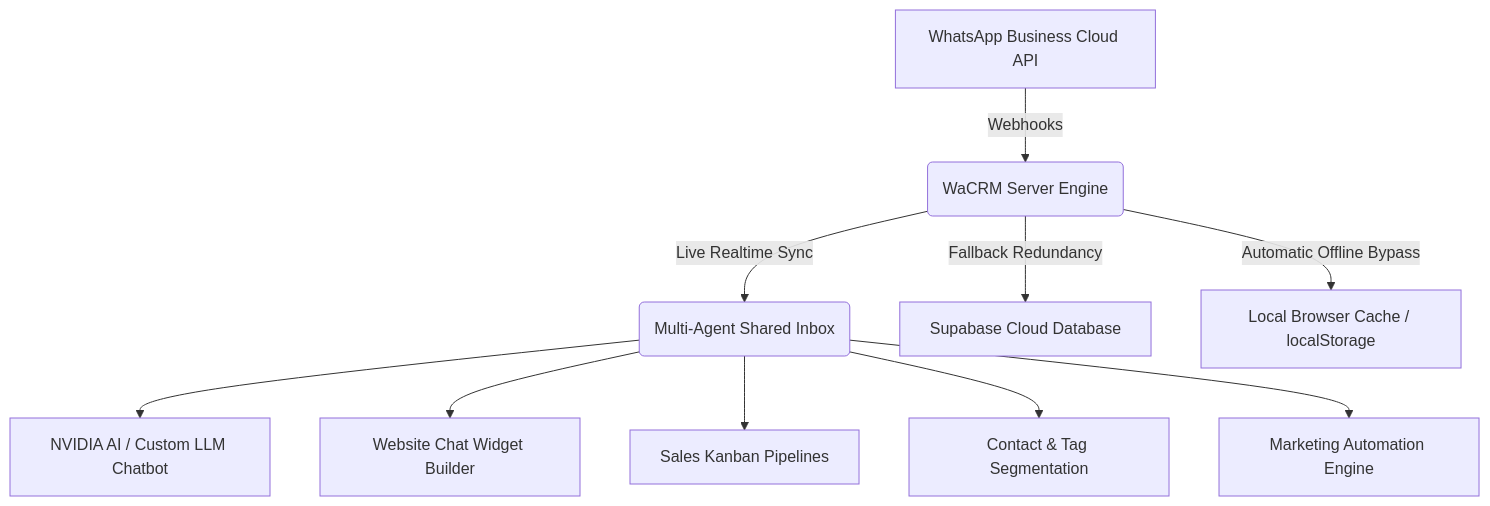
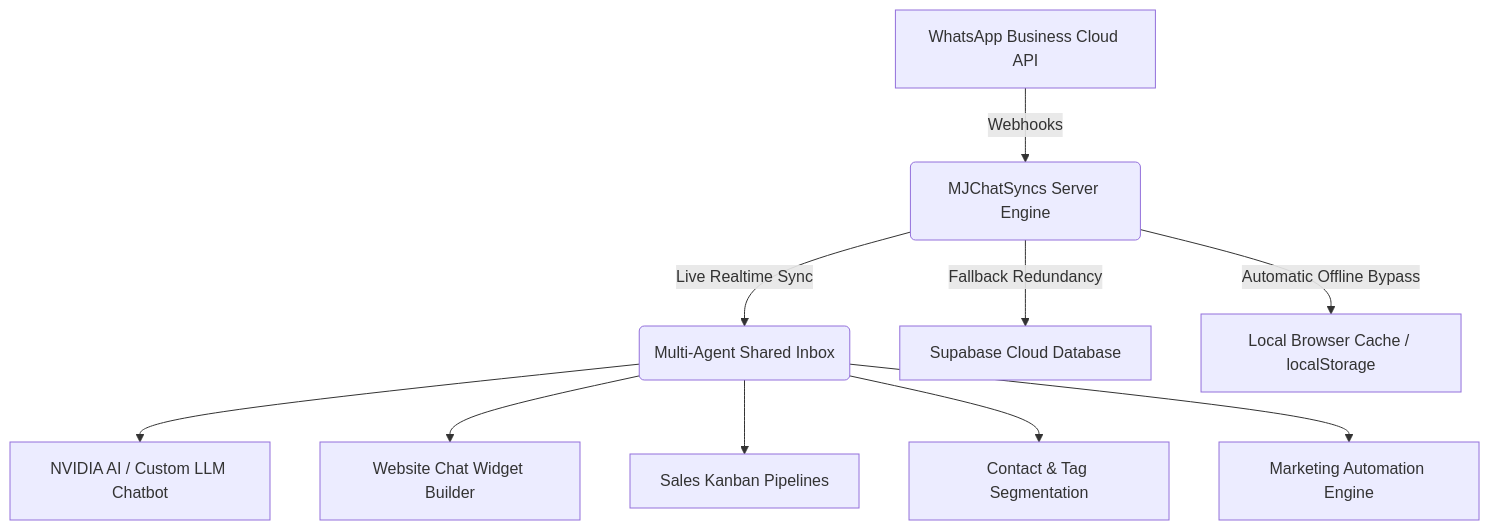
One commit to Ashishkrji/WaCRM changed the diagram in README.md. Above: the diagram before and after it, drawn with Mermaid. The commit also changed other lines of this file and 88 other files, not shown here.

Commit message:
Redesign landing/auth pages, rename branding to MJChatSyncs, and resolve build compilation errors

````diff
--- a/README.md
+++ b/README.md
@@ -19,12 +19,12 @@
 ```mermaid
 graph TD
-    A[WhatsApp Business Cloud API] -->|Webhooks| B(WaCRM Server Engine)
+    A[WhatsApp Business Cloud API] -->|Webhooks| B(MJChatSyncs Server Engine)
     B -->|Live Realtime Sync| C(Multi-Agent Shared Inbox)
     B -->|Fallback Redundancy| D[Supabase Cloud Database]
     B -->|Automatic Offline Bypass| E[Local Browser Cache / localStorage]
     C --> F[NVIDIA AI / Custom LLM Chatbot]
     C --> G[Website Chat Widget Builder]
     C --> H[Sales Kanban Pipelines]
     C --> I[Contact & Tag Segmentation]
     C --> J[Marketing Automation Engine]
 ```
````
